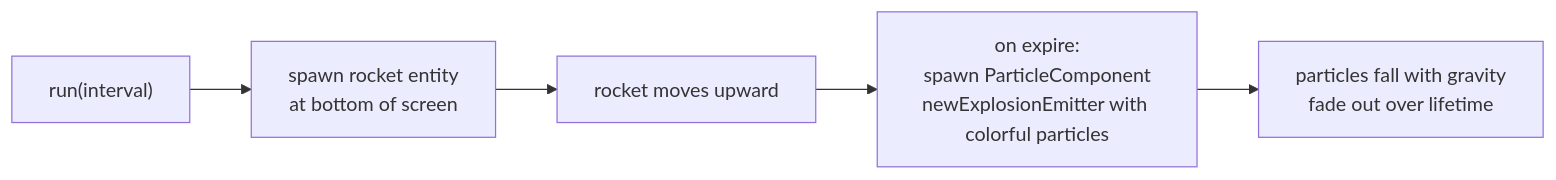
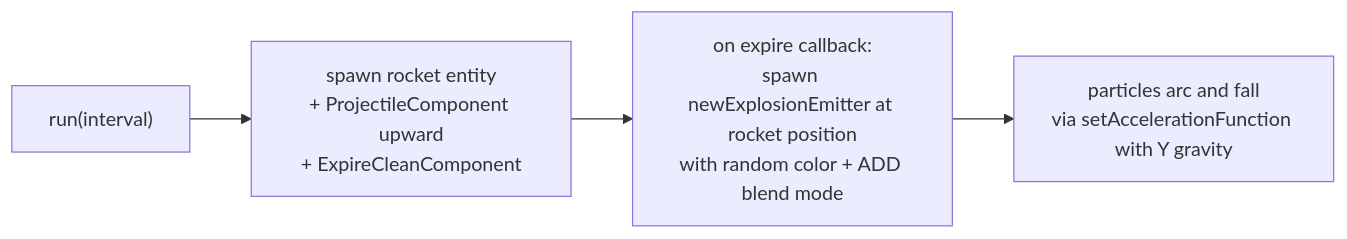
The tenth of 11 diagrams in docs/uc-particles-effects.md (JohannesRabauer/fxgl-skills), drawn with Mermaid before and after one commit. The commit also changed other lines of this file and 2 other files, not shown here.

Commit message:
Expanded Particle skill

````diff
--- a/docs/uc-particles-effects.md
+++ b/docs/uc-particles-effects.md
@@ -96,7 +123,6 @@
 ```mermaid
 flowchart LR
-    Timer2["run(interval)"] --> Launch["spawn rocket entity\nat bottom of screen"]
-    Launch --> Rise["rocket moves upward"]
-    Rise --> Explode["on expire:\nspawn ParticleComponent\nnewExplosionEmitter with colorful particles"]
-    Explode --> Gravity2["particles fall with gravity\nfade out over lifetime"]
+    Timer["run(interval)"] --> Rocket["spawn rocket entity\n+ ProjectileComponent upward\n+ ExpireCleanComponent"]
+    Rocket --> Expire["on expire callback:\nspawn newExplosionEmitter at rocket position\nwith random color + ADD blend mode"]
+    Expire --> Gravity["particles arc and fall\nvia setAccelerationFunction with Y gravity"]
 ```
````
